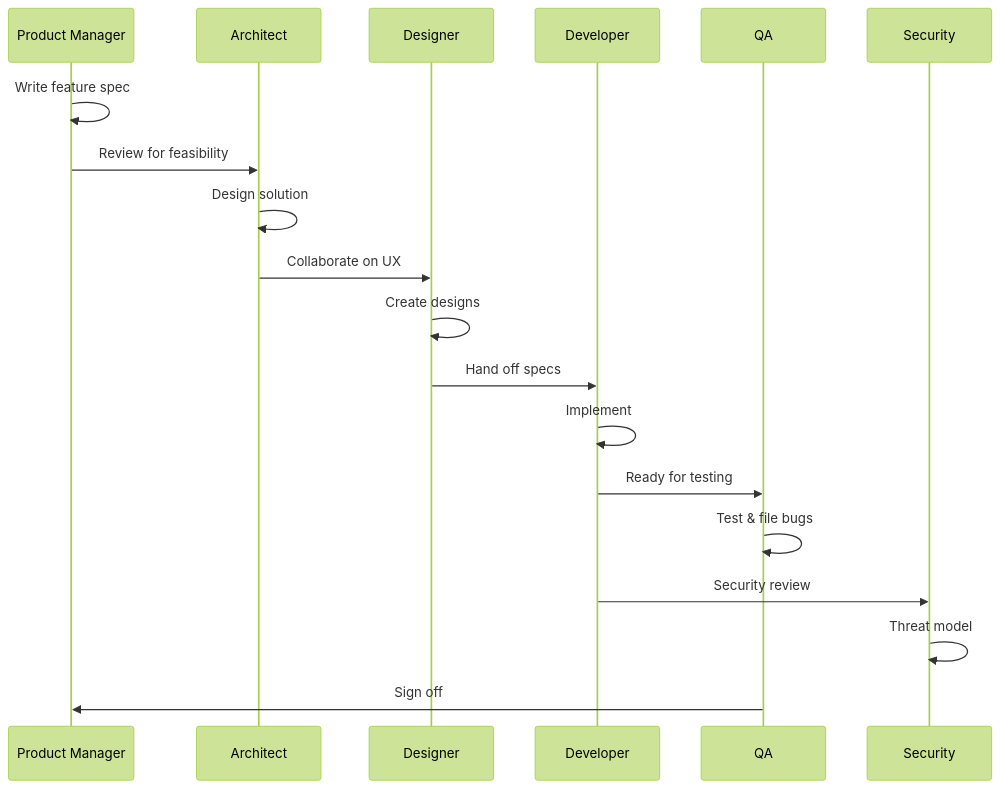
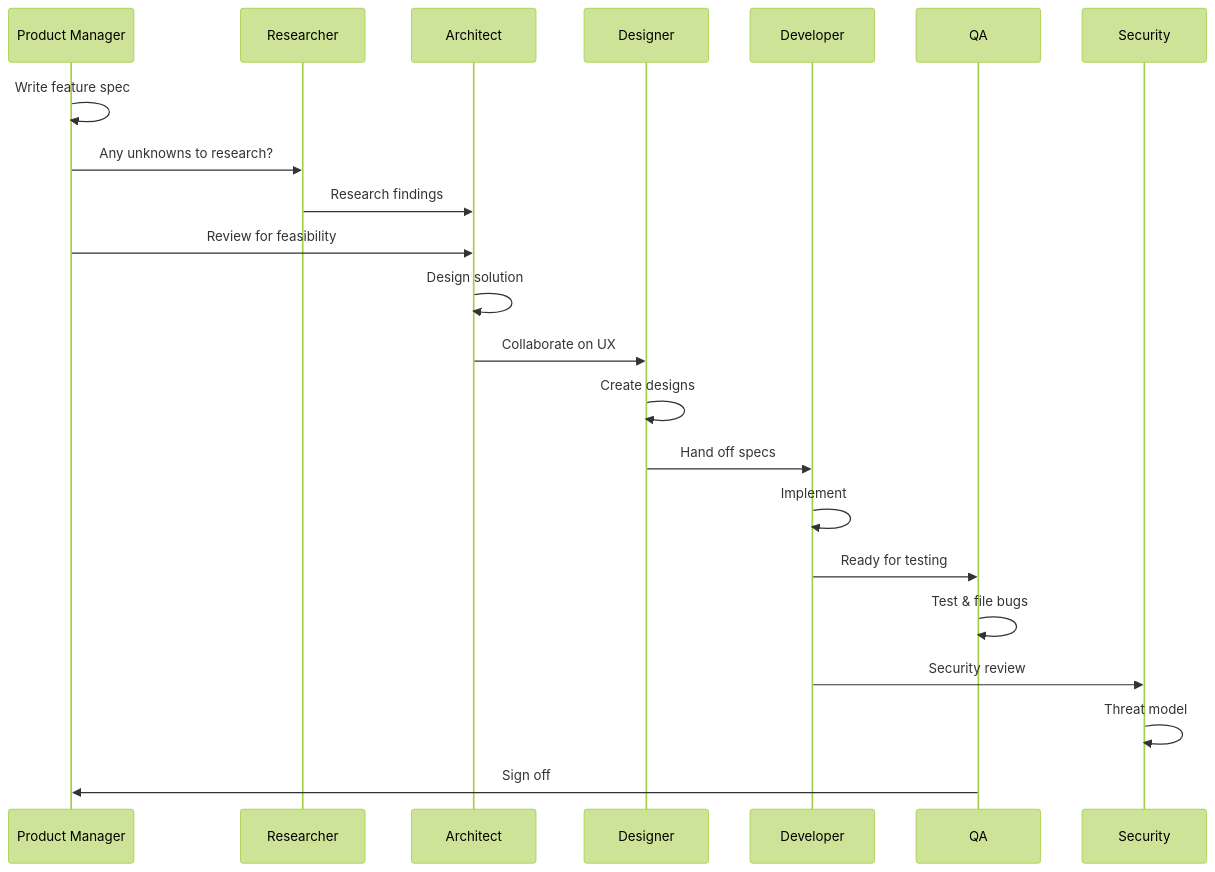
The second of 2 diagrams in Agents/ORCHESTRATION.md (chrismatheson/meal-planner-experiment), drawn with Mermaid (forest theme) before and after one commit. The commit also changed other lines of this file and 3 other files, not shown here.

````diff
--- a/Agents/ORCHESTRATION.md
+++ b/Agents/ORCHESTRATION.md
@@ -35,22 +57,25 @@
 ```mermaid
 sequenceDiagram
     participant PM as Product Manager
-    participant Arch as Architect  
+    participant Res as Researcher
+    participant Arch as Architect
     participant Des as Designer
     participant Dev as Developer
     participant QA as QA
     participant Sec as Security
 
     PM->>PM: Write feature spec
+    PM->>Res: Any unknowns to research?
+    Res->>Arch: Research findings
     PM->>Arch: Review for feasibility
     Arch->>Arch: Design solution
     Arch->>Des: Collaborate on UX
     Des->>Des: Create designs
     Des->>Dev: Hand off specs
     Dev->>Dev: Implement
     Dev->>QA: Ready for testing
     QA->>QA: Test & file bugs
     Dev->>Sec: Security review
     Sec->>Sec: Threat model
     QA->>PM: Sign off
 ```
````
